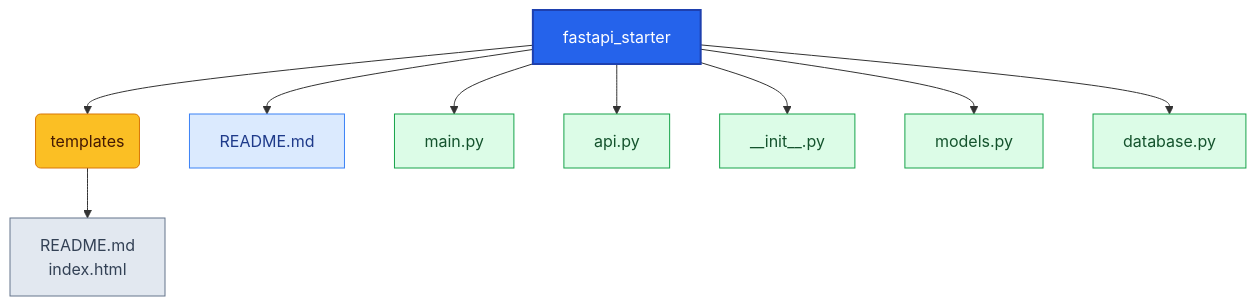
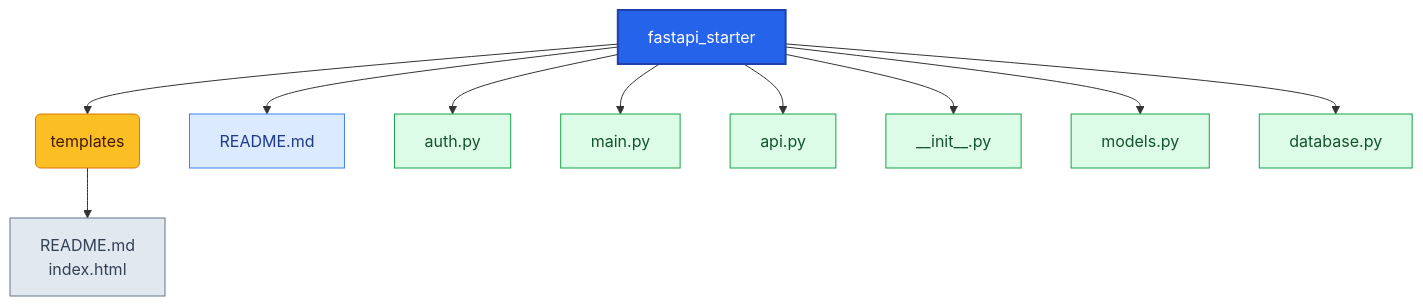
One commit to Richie086/scripts-public changed the diagram in projects/Wedge-400-Switch-API/src/fastapi_starter/README.md. Above: the diagram before and after it, drawn with Mermaid. The commit also changed 9 other files, not shown here.

````diff
--- a/projects/Wedge-400-Switch-API/src/fastapi_starter/README.md
+++ b/projects/Wedge-400-Switch-API/src/fastapi_starter/README.md
@@ -11,16 +11,17 @@
 ```mermaid
 graph TD
 	root["fastapi_starter"]:::root --> n1("templates"):::folder
 	root["fastapi_starter"]:::root --> n2["README.md"]:::file-md
-	root["fastapi_starter"]:::root --> n3["main.py"]:::file-py
-	root["fastapi_starter"]:::root --> n4["api.py"]:::file-py
-	root["fastapi_starter"]:::root --> n5["__init__.py"]:::file-py
-	root["fastapi_starter"]:::root --> n6["models.py"]:::file-py
-	root["fastapi_starter"]:::root --> n7["database.py"]:::file-py
+	root["fastapi_starter"]:::root --> n3["auth.py"]:::file-py
+	root["fastapi_starter"]:::root --> n4["main.py"]:::file-py
+	root["fastapi_starter"]:::root --> n5["api.py"]:::file-py
+	root["fastapi_starter"]:::root --> n6["__init__.py"]:::file-py
+	root["fastapi_starter"]:::root --> n7["models.py"]:::file-py
+	root["fastapi_starter"]:::root --> n8["database.py"]:::file-py
 	n1 --> n1_2["README.md<br>index.html"]:::file-bundle
 classDef root fill:#2563eb,stroke:#1e40af,stroke-width:2px,color:#ffffff;
 classDef folder fill:#fbbf24,stroke:#d97706,stroke-width:1px,color:#451a03;
 classDef file-bundle fill:#e2e8f0,stroke:#64748b,stroke-width:1px,color:#334155;
 classDef file-md fill:#dbeafe,stroke:#3b82f6,stroke-width:1px,color:#1e3a8a;
 classDef file-py fill:#dcfce7,stroke:#16a34a,stroke-width:1px,color:#14532d;
 ```
````
